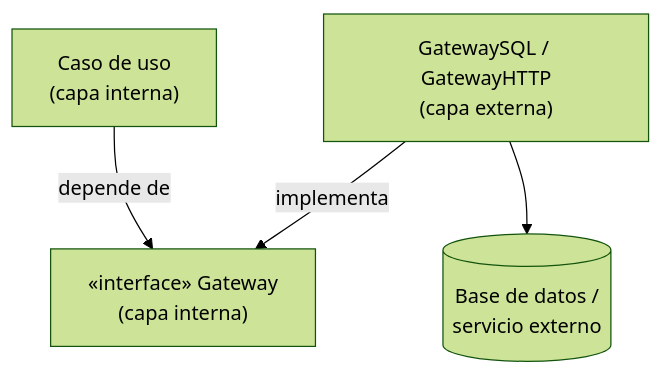
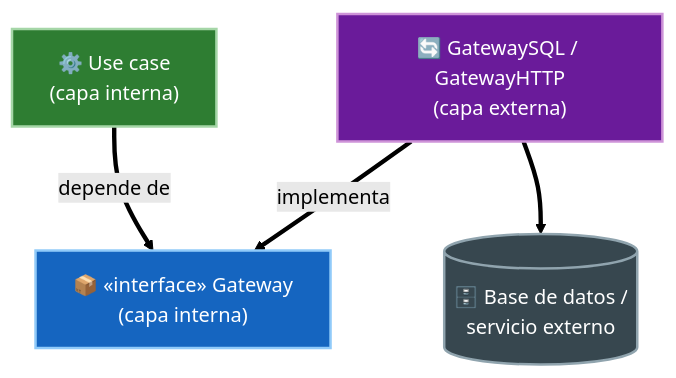
The second of 2 diagrams in 09-presenters-humble-objects/03-gateways.md (JavierMachucaA/clean-architecture-guia), drawn with Mermaid (forest theme) before and after one commit. The commit also changed other lines of this file and 45 other files, not shown here.

````diff
--- a/09-presenters-humble-objects/03-gateways.md
+++ b/09-presenters-humble-objects/03-gateways.md
@@ -32,6 +34,11 @@
 ```mermaid
 flowchart TD
-    UC["Caso de uso<br/>(capa interna)"] -->|depende de| G["«interface» Gateway<br/>(capa interna)"]
-    IMPL["GatewaySQL / GatewayHTTP<br/>(capa externa)"] -->|implementa| G
-    IMPL --> DB[("Base de datos /<br/>servicio externo")]
+    UC["⚙️ Use case<br/>(capa interna)"] ==>|depende de| G["📦 «interface» Gateway<br/>(capa interna)"]
+    IMPL["🔄 GatewaySQL / GatewayHTTP<br/>(capa externa)"] ==>|implementa| G
+    IMPL ==> DB[("🗄️ Base de datos /<br/>servicio externo")]
+
+    style UC fill:#2e7d32,stroke:#a5d6a7,color:#fff,stroke-width:2px
+    style G fill:#1565c0,stroke:#90caf9,color:#fff,stroke-width:2px
+    style IMPL fill:#6a1b9a,stroke:#ce93d8,color:#fff,stroke-width:2px
+    style DB fill:#37474f,stroke:#90a4ae,color:#fff,stroke-width:2px
 ```
````
